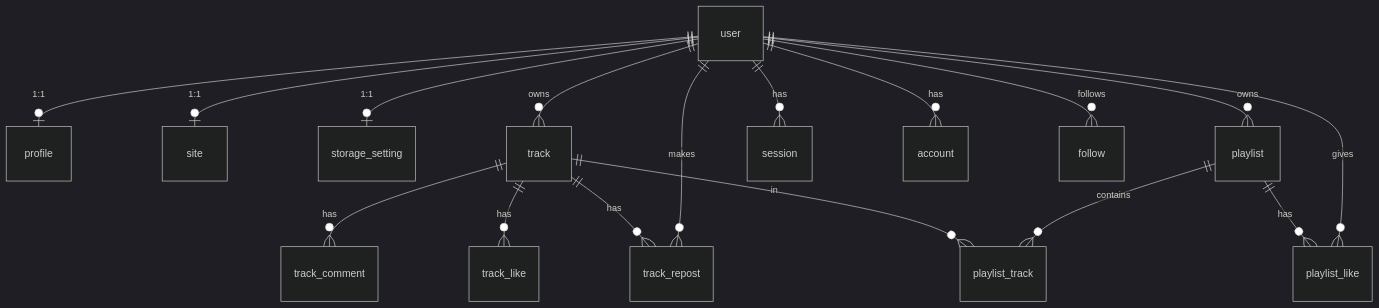
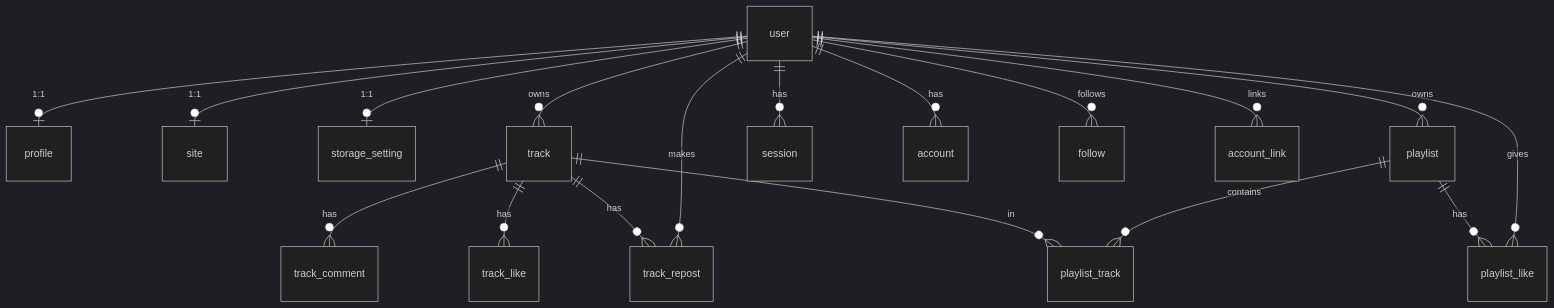
One commit to spreadsheetsusa/sndbnk changed the diagram in docs/data-model.md. Above: the diagram before and after it, drawn with Mermaid (dark theme). The commit also changed other lines of this file and 23 other files, not shown here.

````diff
--- a/docs/data-model.md
+++ b/docs/data-model.md
@@ -198,19 +206,20 @@
 ```mermaid
 erDiagram
   user ||--o| profile : "1:1"
   user ||--o| site : "1:1"
   user ||--o| storage_setting : "1:1"
   user ||--o{ track : owns
   user ||--o{ playlist : owns
   user ||--o{ session : has
   user ||--o{ account : has
   track ||--o{ track_comment : has
   track ||--o{ track_like : has
   track ||--o{ track_repost : has
   track ||--o{ playlist_track : in
   playlist ||--o{ playlist_track : contains
   playlist ||--o{ playlist_like : has
   user ||--o{ track_repost : makes
   user ||--o{ playlist_like : gives
   user ||--o{ follow : follows
+  user ||--o{ account_link : links
 ```
````
